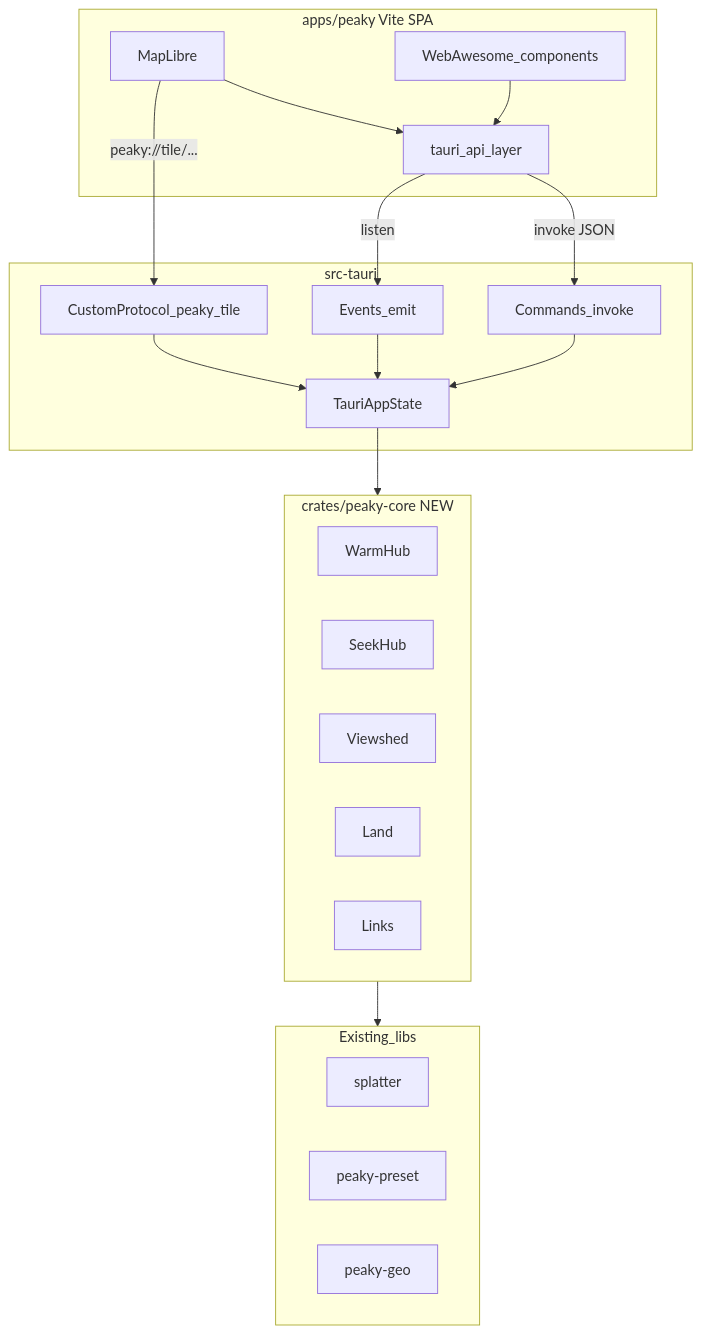
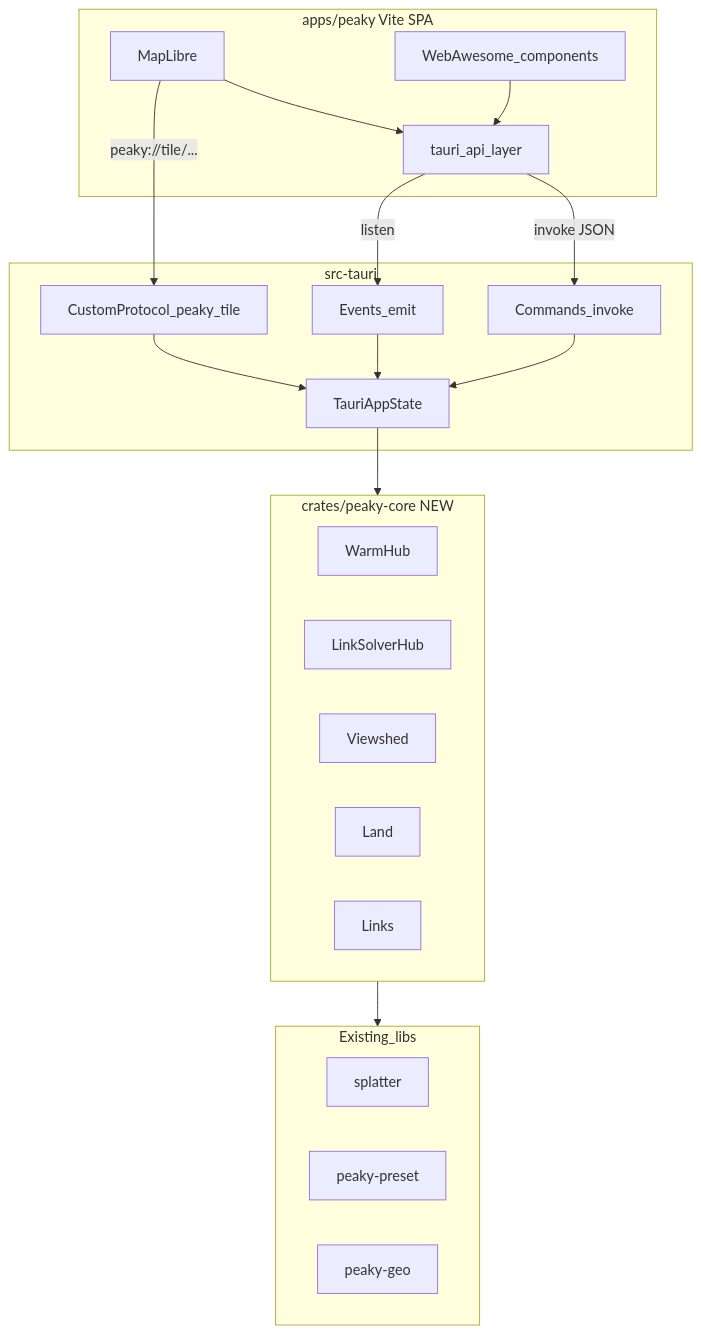
Before and after one commit to MeshEnvy/peaky-finders: the diagram in docs/plans/v0.6.0-tauri-greenfield.md, drawn with Mermaid. The commit also changed other lines of this file and 62 other files, not shown here.

Commit message:
feat(serve): replace goal seek with link solver

````diff
--- a/docs/plans/v0.6.0-tauri-greenfield.md
+++ b/docs/plans/v0.6.0-tauri-greenfield.md
@@ -26,36 +26,36 @@
 ```mermaid
 flowchart TB
   subgraph frontend [apps/peaky Vite SPA]
     Map[MapLibre]
     UI[WebAwesome_components]
     Bridge[tauri_api_layer]
   end
   subgraph tauri [src-tauri]
     Cmds[Commands_invoke]
     Evts[Events_emit]
     Proto[CustomProtocol_peaky_tile]
     App[TauriAppState]
   end
   subgraph core [crates/peaky-core NEW]
     Warm[WarmHub]
-    Seek[SeekHub]
+    LinkSolver[LinkSolverHub]
     VS[Viewshed]
     Land[Land]
     Links[Links]
   end
   subgraph libs [Existing_libs]
     Splatter[splatter]
     Preset[peaky-preset]
     Geo[peaky-geo]
   end
   Map --> Bridge
   UI --> Bridge
   Bridge -->|invoke JSON| Cmds
   Bridge -->|listen| Evts
   Map -->|peaky://tile/...| Proto
   Cmds --> App
   Proto --> App
   Evts --> App
   App --> core
   core --> libs
 ```
````
